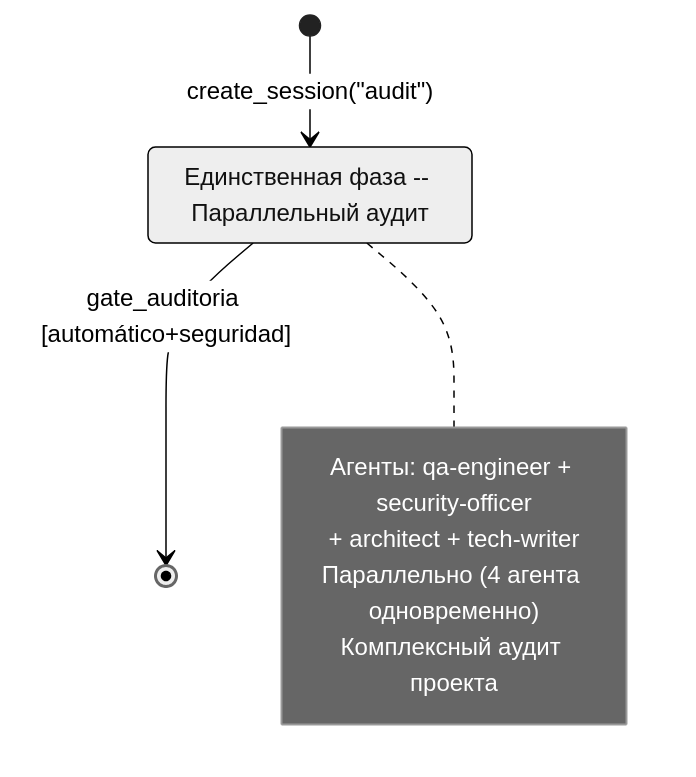
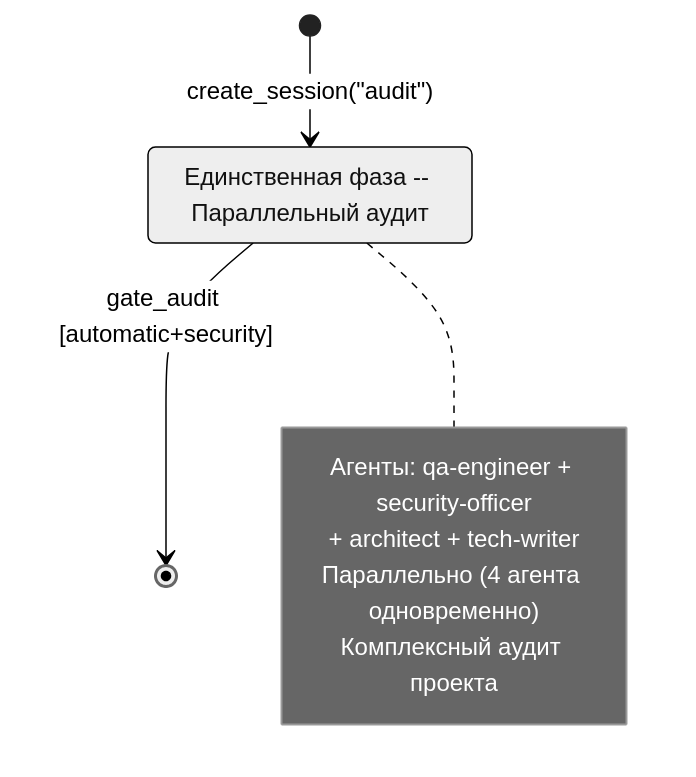
Before and after one commit to grigoriev/alfred-dev: the seventh of 7 diagrams in docs/flows.md, drawn with Mermaid (neutral theme). The commit also changed other lines of this file and 106 other files, not shown here.

````diff
--- a/docs/flows.md
+++ b/docs/flows.md
@@ -629,17 +629,17 @@
 ```mermaid
 stateDiagram-v2
     direction TB
 
-    [*] --> auditoria_paralela: create_session("audit")
+    [*] --> parallel_audit: create_session("audit")
 
-    state "Единственная фаза -- Параллельный аудит" as auditoria_paralela
+    state "Единственная фаза -- Параллельный аудит" as parallel_audit
 
-    auditoria_paralela --> [*]: gate_auditoria [automático+seguridad]
+    parallel_audit --> [*]: gate_audit [automatic+security]
 
-    note right of auditoria_paralela
+    note right of parallel_audit
         Агенты: qa-engineer + security-officer
                  + architect + tech-writer
         Параллельно (4 агента одновременно)
         Комплексный аудит проекта
     end note
 ```
````
